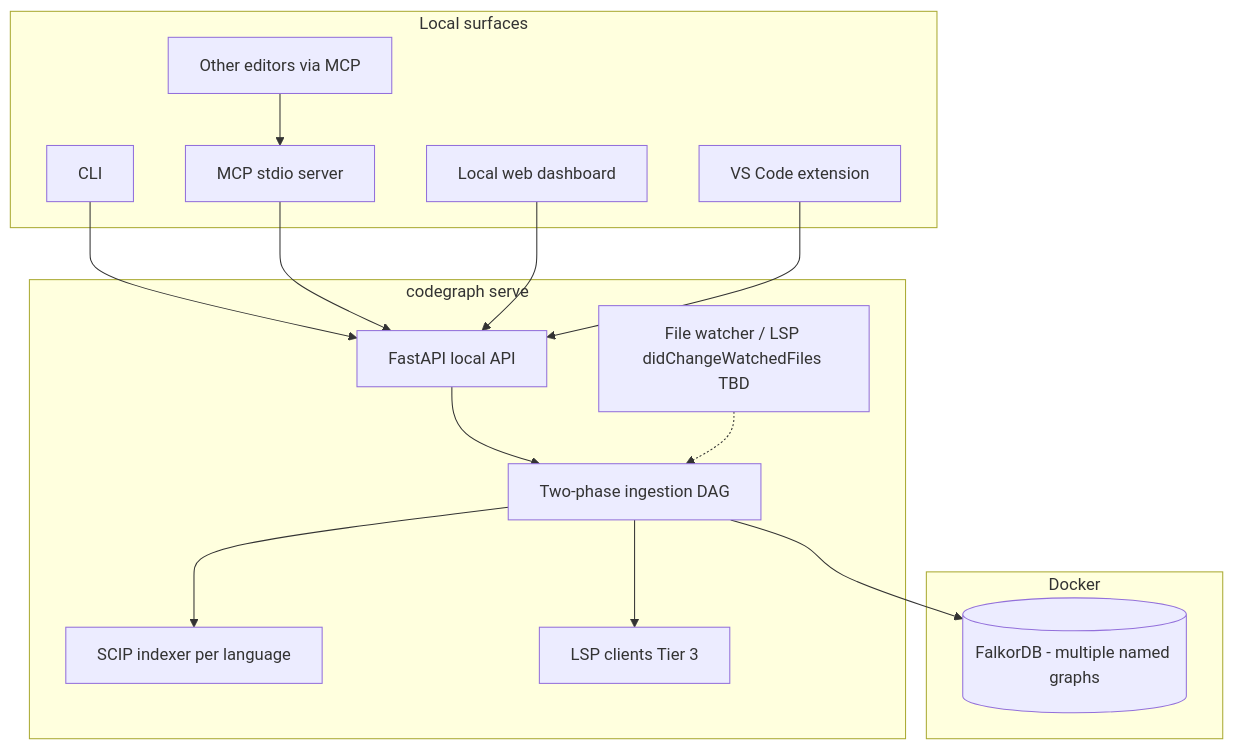
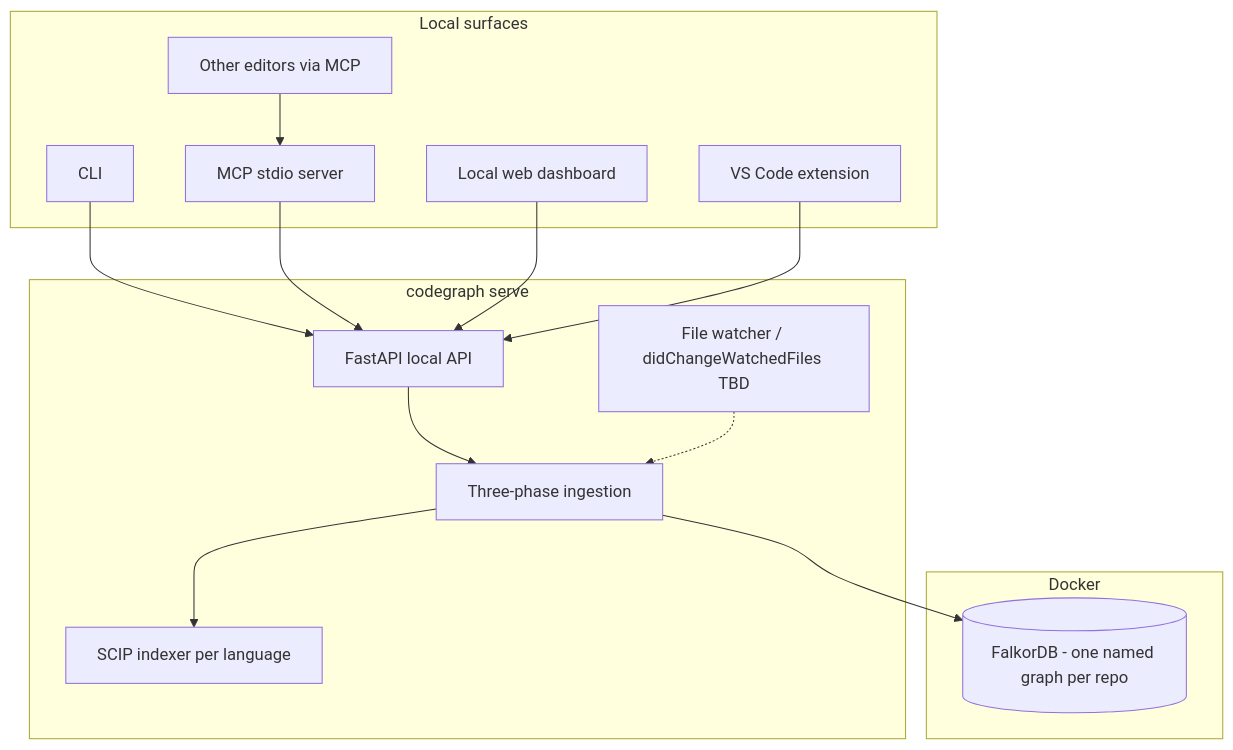
The first of 2 diagrams in README.md (wolfy5786/CodeGraph), drawn with Mermaid before and after one commit. The commit also changed other lines of this file and 24 other files, not shown here.

````diff
--- a/README.md
+++ b/README.md
@@ -46,33 +46,31 @@
 ```mermaid
 flowchart TB
     subgraph clients [Local surfaces]
         cli[CLI]
         mcp[MCP stdio server]
         webui[Local web dashboard]
         vscode[VS Code extension]
         editors[Other editors via MCP]
     end
 
     subgraph core ["codegraph serve"]
         api[FastAPI local API]
-        watcher[File watcher / LSP didChangeWatchedFiles TBD]
+        watcher[File watcher / didChangeWatchedFiles TBD]
         scip[SCIP indexer per language]
-        lsp[LSP clients Tier 3]
-        ingestor[Two-phase ingestion DAG]
+        ingestor[Three-phase ingestion]
     end
 
     subgraph data [Docker]
-        falkor[(FalkorDB - multiple named graphs)]
+        falkor[(FalkorDB - one named graph per repo)]
     end
 
     cli --> api
     mcp --> api
     webui --> api
     vscode --> api
     editors --> mcp
     api --> ingestor
     ingestor --> falkor
     watcher -.-> ingestor
     ingestor --> scip
-    ingestor --> lsp
 ```
````
